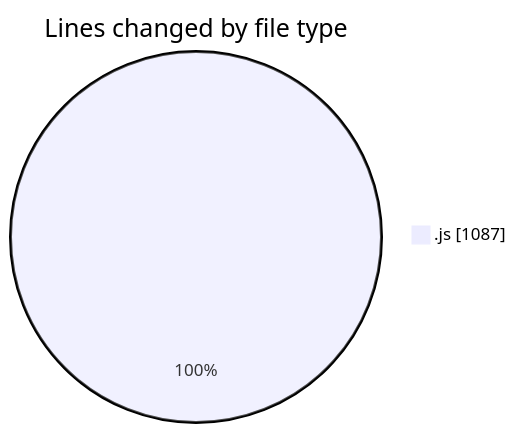
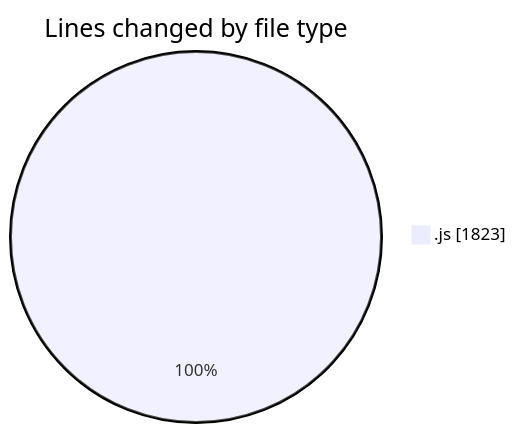
Before and after one commit to momahboobian/code-tracking: the first of 2 diagrams in 2026-04-08/cda/README.md, drawn with Mermaid. The commit also changed other lines of this file and 1 other file, not shown here.

````diff
--- a/2026-04-08/cda/README.md
+++ b/2026-04-08/cda/README.md
@@ -23,5 +23,5 @@
 ```mermaid
 pie showData
 title Lines changed by file type
-".js" : 1087
+".js" : 1823
 ```
````
